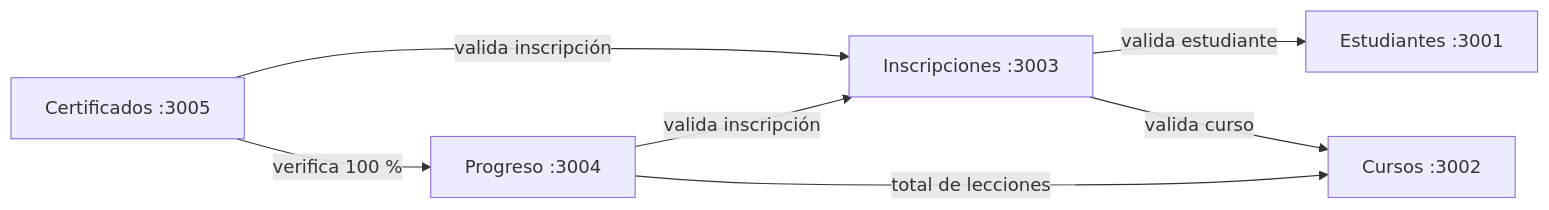
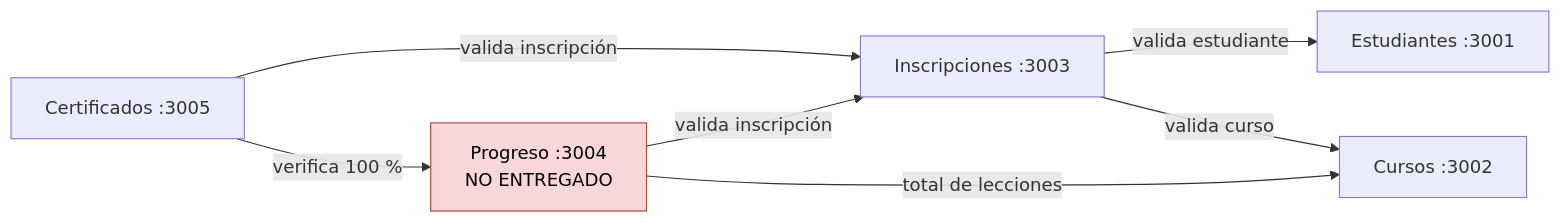
The diagram in README.md (JhimyMc/mini-Udemy), drawn with Mermaid before and after one commit. The commit also changed other lines of this file, not shown here.

````diff
--- a/README.md
+++ b/README.md
@@ -39,15 +48,17 @@
 ```mermaid
 flowchart LR
     E[Estudiantes :3001]
     C[Cursos :3002]
     I[Inscripciones :3003]
-    P[Progreso :3004]
+    P[Progreso :3004<br/>NO ENTREGADO]
     X[Certificados :3005]
 
     I -- valida estudiante --> E
     I -- valida curso --> C
     P -- valida inscripción --> I
     P -- total de lecciones --> C
     X -- valida inscripción --> I
     X -- verifica 100 % --> P
+
+    style P fill:#f8d7da,stroke:#c0392b,color:#000
 ```
````
